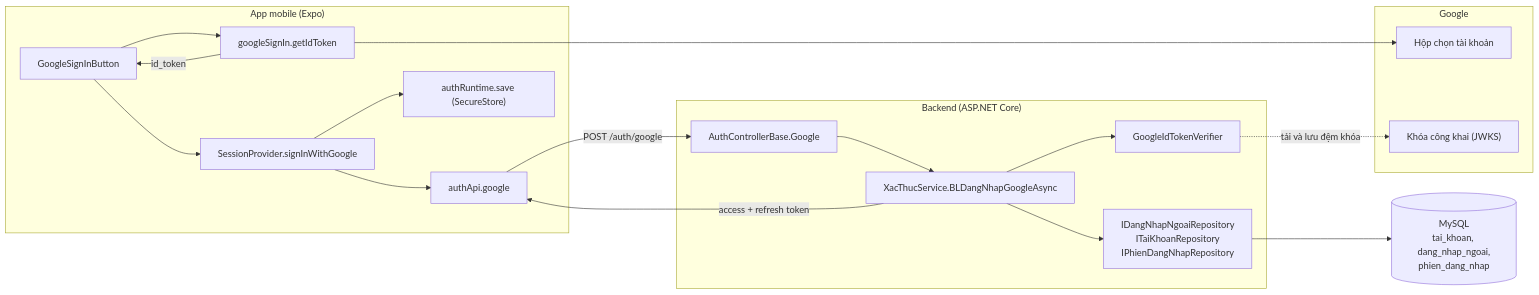
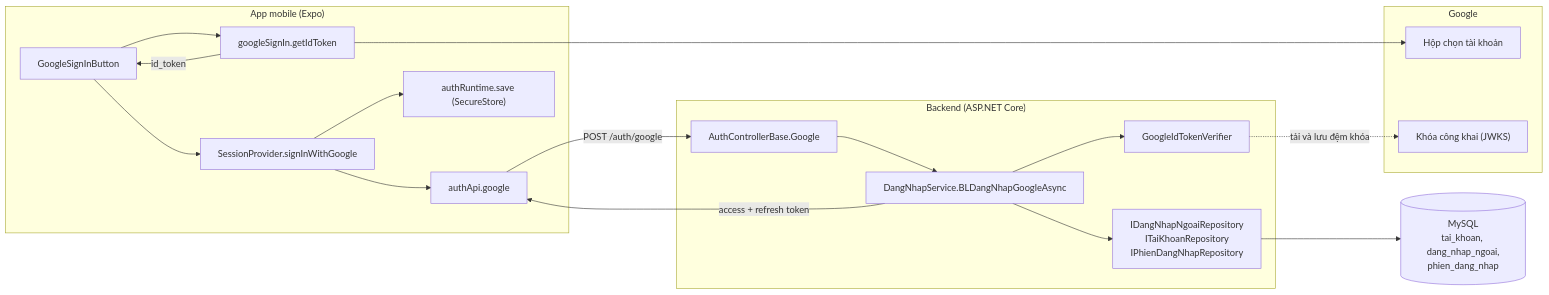
The first of 5 diagrams in docs/auth/dang-nhap-google.md (ngongochuy2003/GymBase), drawn with Mermaid before and after one commit. The commit also changed other lines of this file and 5 other files, not shown here.

First line of the commit message:
docs: cập nhật theo việc tách XacThucService và validator hồ sơ

````diff
--- a/docs/auth/dang-nhap-google.md
+++ b/docs/auth/dang-nhap-google.md
@@ -28,33 +28,33 @@
 ```mermaid
 flowchart LR
     subgraph Mobile["App mobile (Expo)"]
         BTN["GoogleSignInButton"]
         GSI["googleSignIn.getIdToken"]
         SES["SessionProvider.signInWithGoogle"]
         API["authApi.google"]
         STORE["authRuntime.save (SecureStore)"]
     end
 
     subgraph Google["Google"]
         GACC["Hộp chọn tài khoản"]
         GKEY["Khóa công khai (JWKS)"]
     end
 
     subgraph Backend["Backend (ASP.NET Core)"]
         CTRL["AuthControllerBase.Google"]
-        SVC["XacThucService.BLDangNhapGoogleAsync"]
+        SVC["DangNhapService.BLDangNhapGoogleAsync"]
         VER["GoogleIdTokenVerifier"]
         REPO["IDangNhapNgoaiRepository<br/>ITaiKhoanRepository<br/>IPhienDangNhapRepository"]
     end
 
     DB[("MySQL<br/>tai_khoan, dang_nhap_ngoai,<br/>phien_dang_nhap")]
 
     BTN --> GSI --> GACC
     GSI -->|"id_token"| BTN
     BTN --> SES --> API
     API -->|"POST /auth/google"| CTRL --> SVC
     SVC --> VER -.->|"tải và lưu đệm khóa"| GKEY
     SVC --> REPO --> DB
     SVC -->|"access + refresh token"| API
     SES --> STORE
 ```
````
